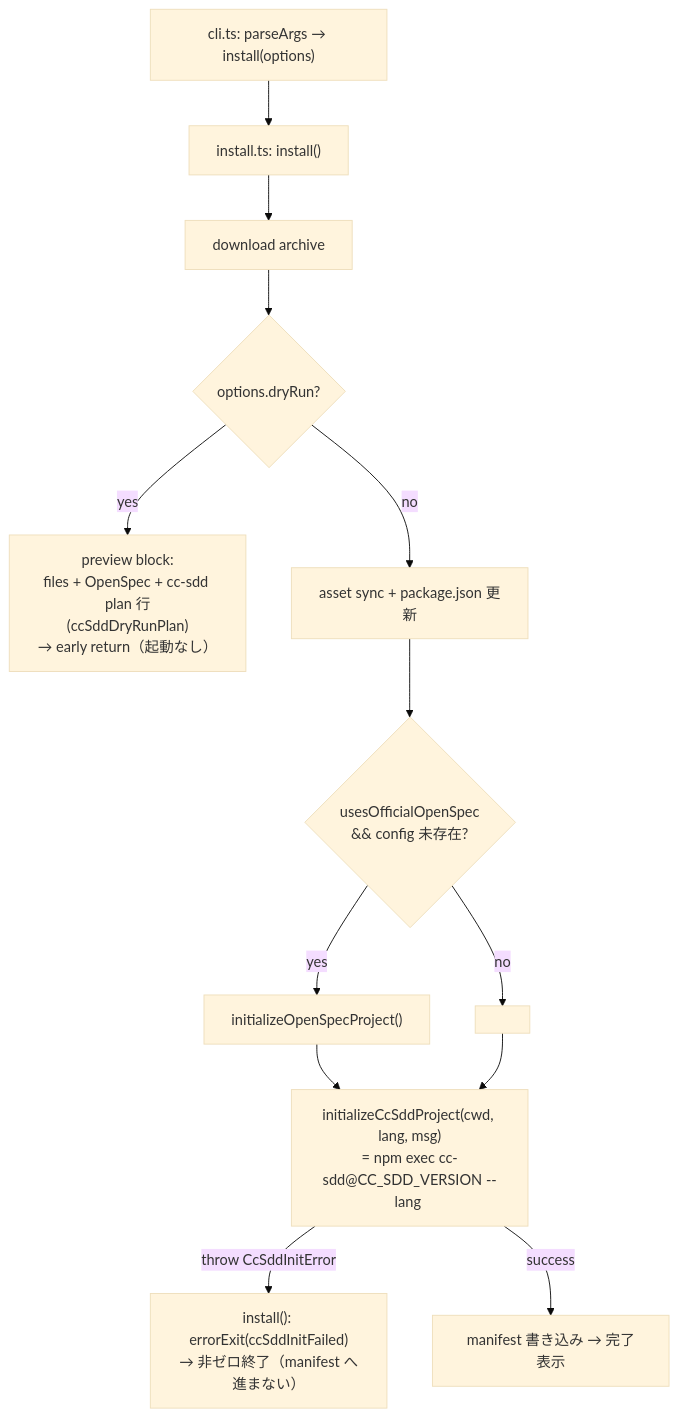
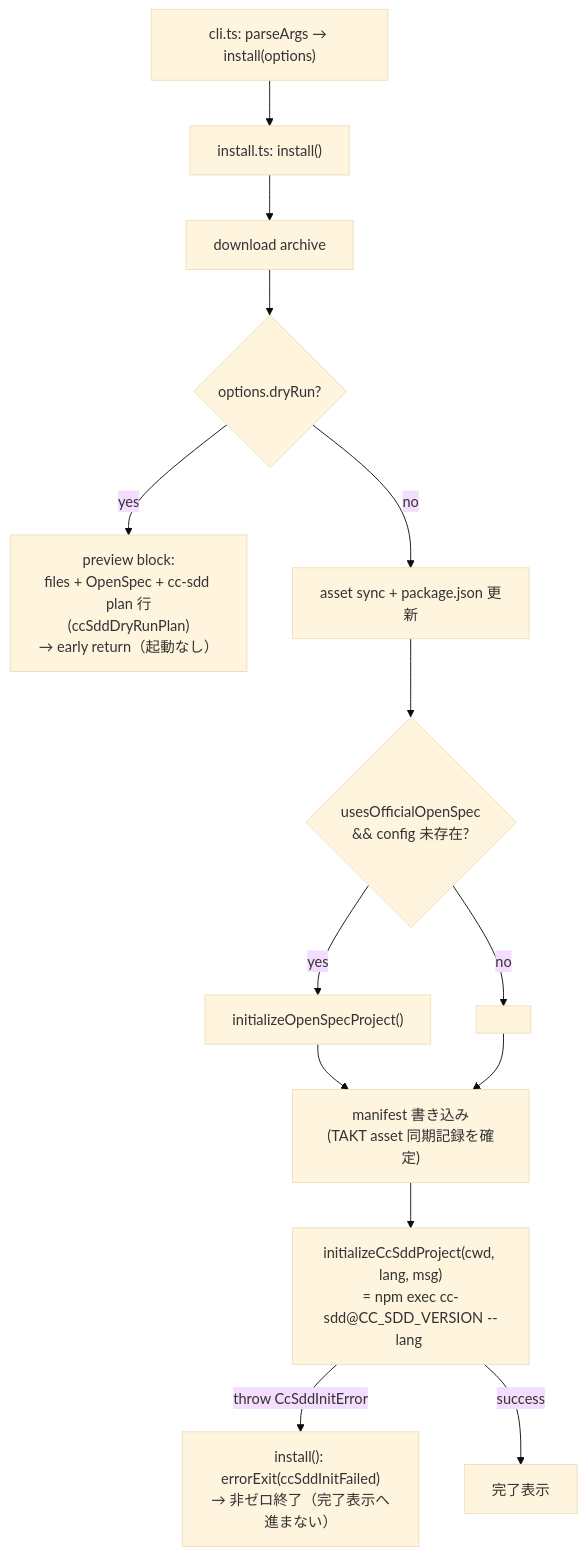
One commit to j5ik2o/takt-sdd changed the diagram in .kiro/specs/create-takt-sdd-fixed-cc-sdd/design.md. Above: the diagram before and after it, drawn with Mermaid (base theme). The commit also changed other lines of this file and 5 other files, not shown here.

Commit message:
fix(installer): persist manifest before cc-sdd init

````diff
--- a/.kiro/specs/create-takt-sdd-fixed-cc-sdd/design.md
+++ b/.kiro/specs/create-takt-sdd-fixed-cc-sdd/design.md
@@ -72,15 +72,16 @@
 ```mermaid
 flowchart TD
     CLI["cli.ts: parseArgs → install(options)"] --> INSTALL["install.ts: install()"]
     INSTALL --> DL["download archive"]
     DL --> DRY{"options.dryRun?"}
     DRY -- "yes" --> PREV["preview block:\nfiles + OpenSpec + cc-sdd plan 行\n(ccSddDryRunPlan)\n→ early return（起動なし）"]
     DRY -- "no" --> SYNC["asset sync + package.json 更新"]
     SYNC --> OSS{"usesOfficialOpenSpec\n&& config 未存在?"}
     OSS -- "yes" --> OSINIT["initializeOpenSpecProject()"]
     OSS -- "no" --> SKIP1[" "]
-    OSINIT --> CCS["initializeCcSddProject(cwd, lang, msg)\n= npm exec cc-sdd@CC_SDD_VERSION --lang <lang>"]
-    SKIP1 --> CCS
-    CCS -- "throw CcSddInitError" --> ERR["install(): errorExit(ccSddInitFailed)\n→ 非ゼロ終了（manifest へ進まない）"]
-    CCS -- "success" --> MAN["manifest 書き込み → 完了表示"]
+    OSINIT --> MAN["manifest 書き込み\n(TAKT asset 同期記録を確定)"]
+    SKIP1 --> MAN
+    MAN --> CCS["initializeCcSddProject(cwd, lang, msg)\n= npm exec cc-sdd@CC_SDD_VERSION --lang <lang>"]
+    CCS -- "throw CcSddInitError" --> ERR["install(): errorExit(ccSddInitFailed)\n→ 非ゼロ終了（完了表示へ進まない）"]
+    CCS -- "success" --> DONE["完了表示"]
 ```
````
